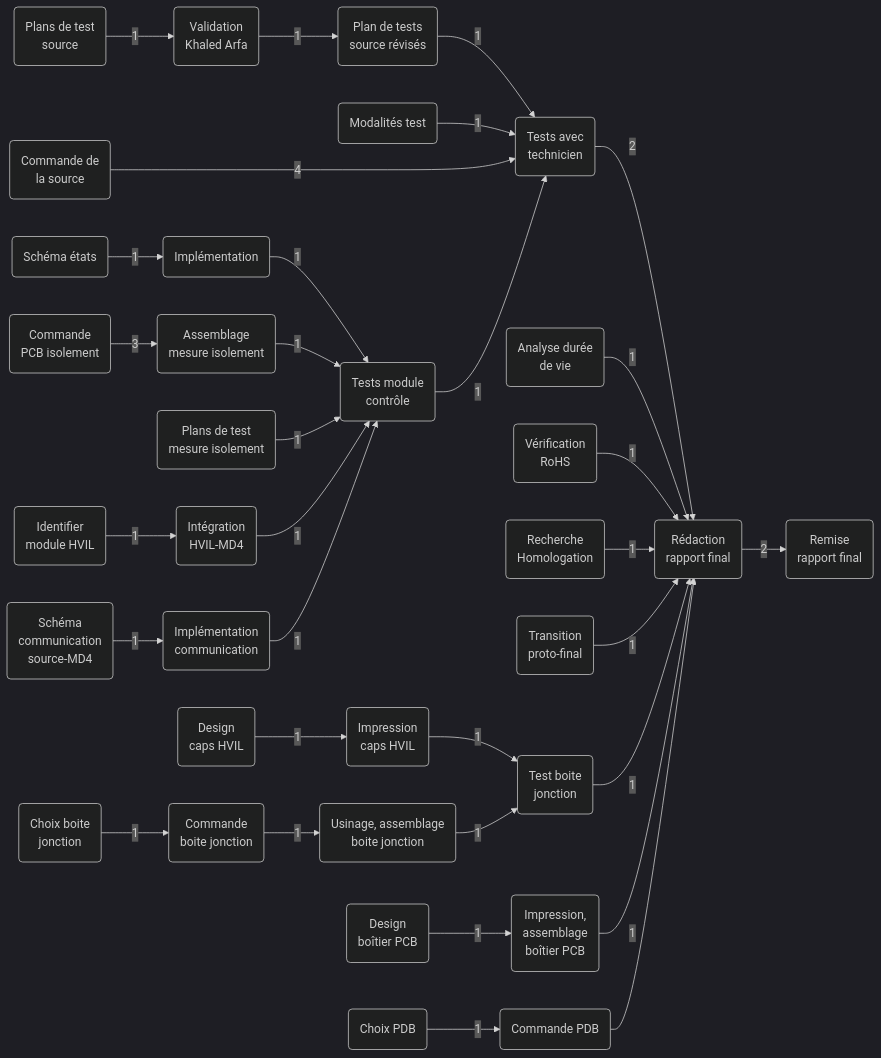
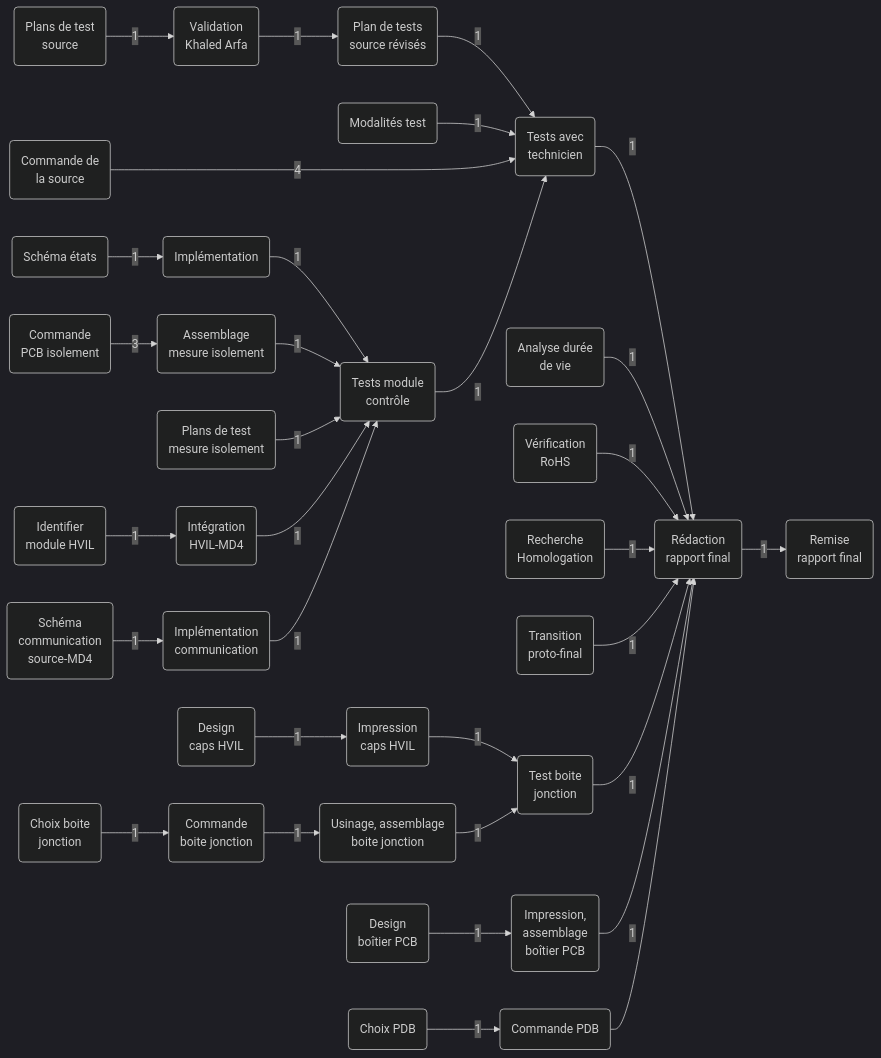
The first of 4 diagrams in README.md (felax/OUTILLAGE), drawn with Mermaid (dark theme) before and after one commit.

````diff
--- a/README.md
+++ b/README.md
@@ -2,39 +2,39 @@
 ``` mermaid
 graph LR
     A(Plans de test<br>source) --> |1| B(Validation<br>Khaled Arfa)
     B --> |1| C(Plan de tests <br>source révisés)
     C --> |1| D(Tests avec<br>technicien)
     E(Modalités test) --> |1| D
     F(Commande de <br>la source) ----> |4| D
-    D --> |2| G
+    D --> |1| G
 
     H(Analyse durée<br>de vie) --> |1| G(Rédaction <br> rapport final)
     I(Vérification<br>RoHS) --> |1| G
     J(Recherche <br> Homologation) --> |1| G
     K(Transition <br> proto-final) --> |1| G
 
     L(Schéma états) --> |1| M(Implémentation)
     M --> |1| N(Tests module <br> contrôle)
     N --> |1| D
     g(Commande <br> PCB isolement) -->|3| O
     O(Assemblage <br> mesure isolement) --> |1| N
     P(Plans de test <br> mesure isolement) --> |1| N
     Q(Identifier <br> module HVIL) --> |1| R(Intégration <br> HVIL-MD4)
     R --> |1| N
     S(Schéma <br> communication <br> source-MD4) --> |1| T(Implémentation <br> communication)
     T --> |1| N
 
     U(Design <br> caps HVIL) --> |1| V(Impression <br> caps HVIL)
     V --> |1| Y(Test boite <br> jonction)
     W(Usinage, assemblage <br> boite jonction) --> |1| Y
     e(Choix boite <br>jonction) --> |1| f(Commande <br> boite jonction)
     f --> |1| W
     Y --> |1| G
 
     Z(Design <br> boîtier PCB) --> |1| a(Impression, <br> assemblage <br> boîtier PCB)
     a --> |1| G
     b(Choix PDB) --> |1| c(Commande PDB)
     c --> G
 
-    G --> |2| d(Remise <br> rapport final)
+    G --> |1| d(Remise <br> rapport final)
 ```
````
